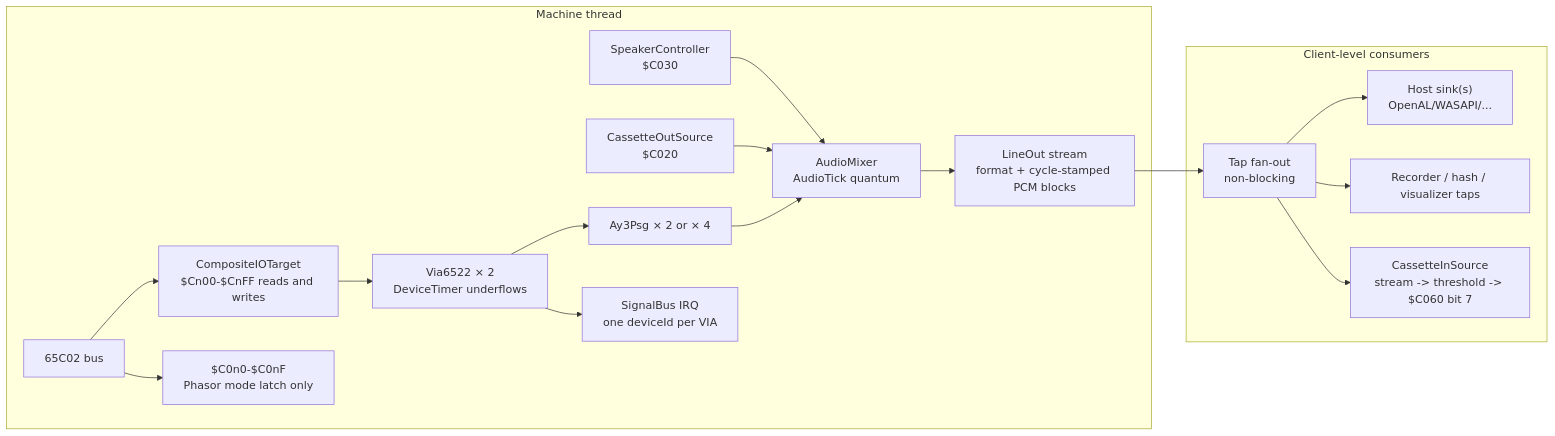
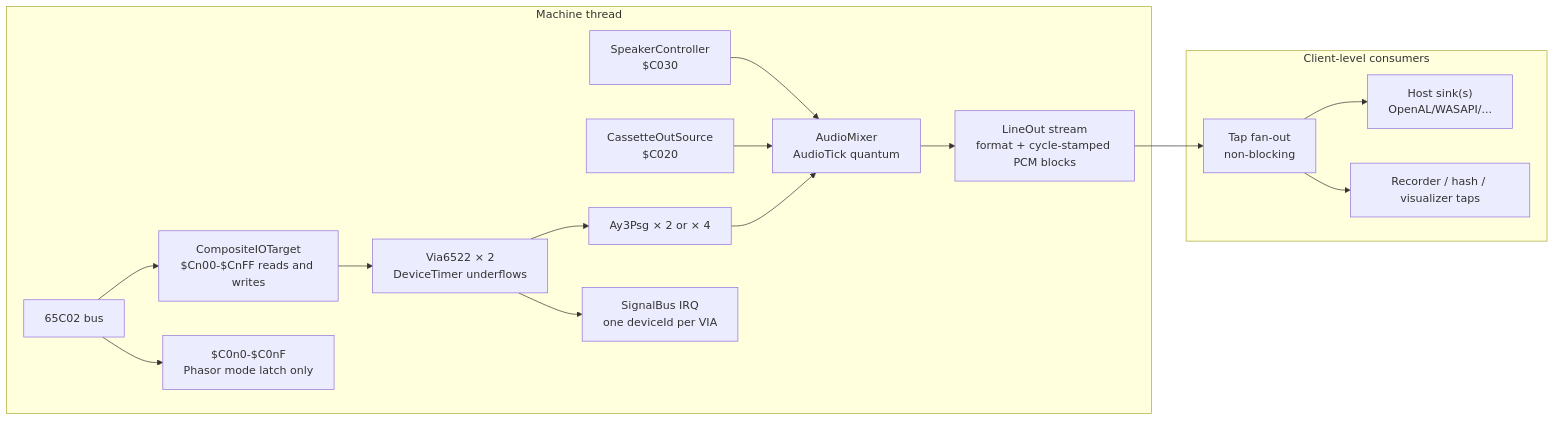
Before and after one commit to Bad-Mango-Solutions/back-pocket-emulator: the diagram in specs/Sound Card Specification.md, drawn with Mermaid. The commit also changed other lines of this file, not shown here.

````diff
--- a/specs/Sound Card Specification.md
+++ b/specs/Sound Card Specification.md
@@ -97,34 +97,32 @@
 ```mermaid
 flowchart LR
   subgraph Hot["Machine thread"]
     CPU["65C02 bus"]
     CX["CompositeIOTarget<br/>$Cn00-$CnFF reads and writes"]
     DEV["$C0n0-$C0nF<br/>Phasor mode latch only"]
     VIA["Via6522 × 2<br/>DeviceTimer underflows"]
     AY["Ay3Psg × 2 or × 4"]
     SPK["SpeakerController<br/>$C030"]
     CASO["CassetteOutSource<br/>$C020"]
     MIX["AudioMixer<br/>AudioTick quantum"]
     LINE["LineOut stream<br/>format + cycle-stamped PCM blocks"]
     SIG["SignalBus IRQ<br/>one deviceId per VIA"]
   end
 
   subgraph Client["Client-level consumers"]
     TAPS["Tap fan-out<br/>non-blocking"]
     SINK["Host sink(s)<br/>OpenAL/WASAPI/..."]
     REC["Recorder / hash / visualizer taps"]
-    CASI["CassetteInSource<br/>stream -> threshold -> $C060 bit 7"]
   end
 
   CPU --> CX --> VIA
   CPU --> DEV
   VIA --> AY
   VIA --> SIG
   SPK --> MIX
   CASO --> MIX
   AY --> MIX
   MIX --> LINE --> TAPS
   TAPS --> SINK
   TAPS --> REC
-  TAPS --> CASI
 ```
````
